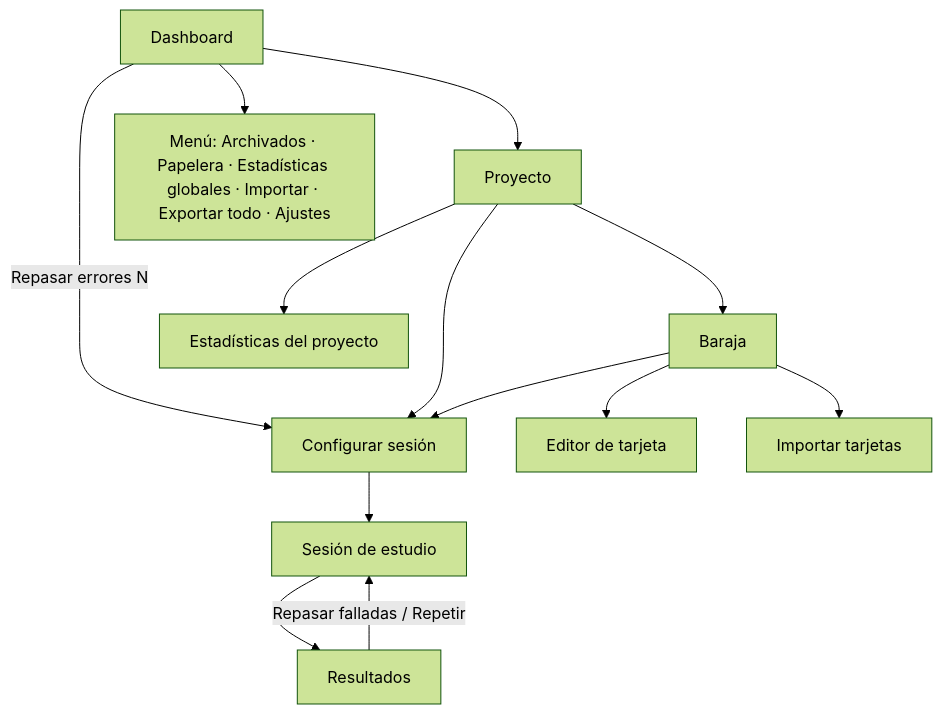
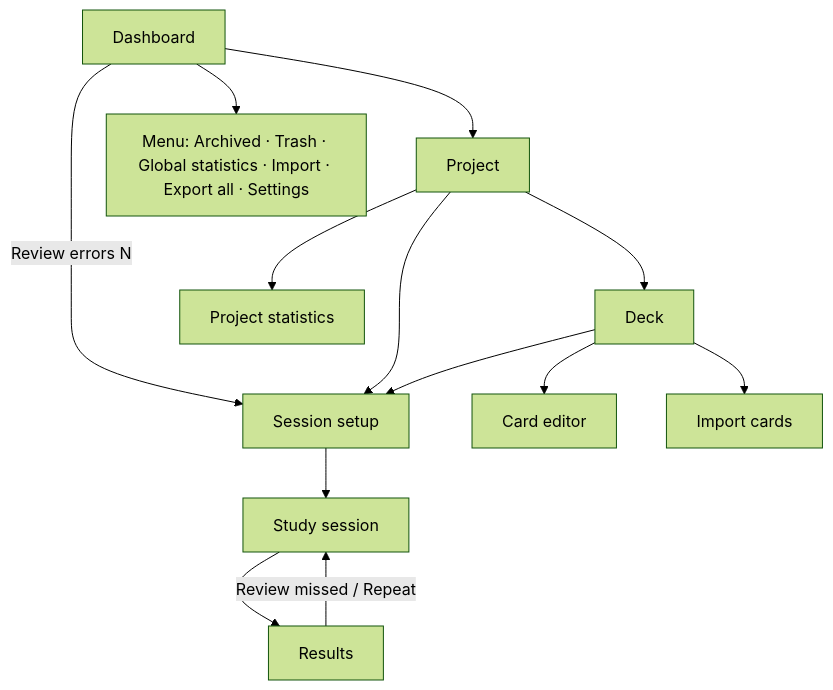
Before and after one commit to ivanalonsoe/EstudiCards: the second of 2 diagrams in docs/SPEC.md, drawn with Mermaid (forest theme). The commit also changed other lines of this file and 60 other files, not shown here.

````diff
--- a/docs/SPEC.md
+++ b/docs/SPEC.md
@@ -308,15 +351,15 @@
 ```mermaid
 flowchart TD
-    D[Dashboard] --> P[Proyecto]
-    D --> MENU[Menú: Archivados · Papelera · Estadísticas globales · Importar · Exportar todo · Ajustes]
-    D -->|Repasar errores N| CFG
-    P --> B[Baraja]
-    P --> CFG[Configurar sesión]
-    P --> PS[Estadísticas del proyecto]
-    B --> E[Editor de tarjeta]
-    B --> IMP[Importar tarjetas]
+    D[Dashboard] --> P[Project]
+    D --> MENU[Menu: Archived · Trash · Global statistics · Import · Export all · Settings]
+    D -->|Review errors N| CFG
+    P --> B[Deck]
+    P --> CFG[Session setup]
+    P --> PS[Project statistics]
+    B --> E[Card editor]
+    B --> IMP[Import cards]
     B --> CFG
-    CFG --> S[Sesión de estudio]
-    S --> R[Resultados]
-    R -->|Repasar falladas / Repetir| S
+    CFG --> S[Study session]
+    S --> R[Results]
+    R -->|Review missed / Repeat| S
 ```
````
